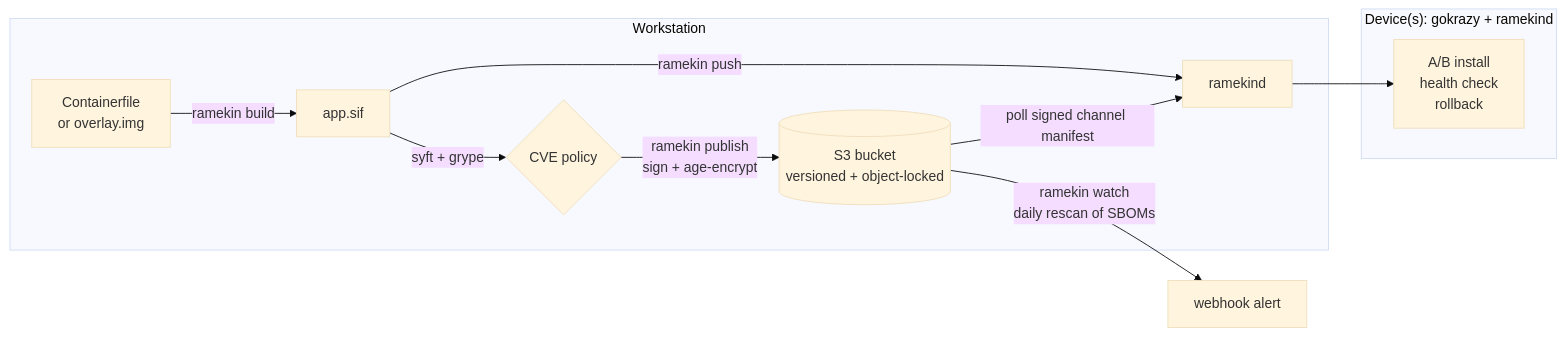
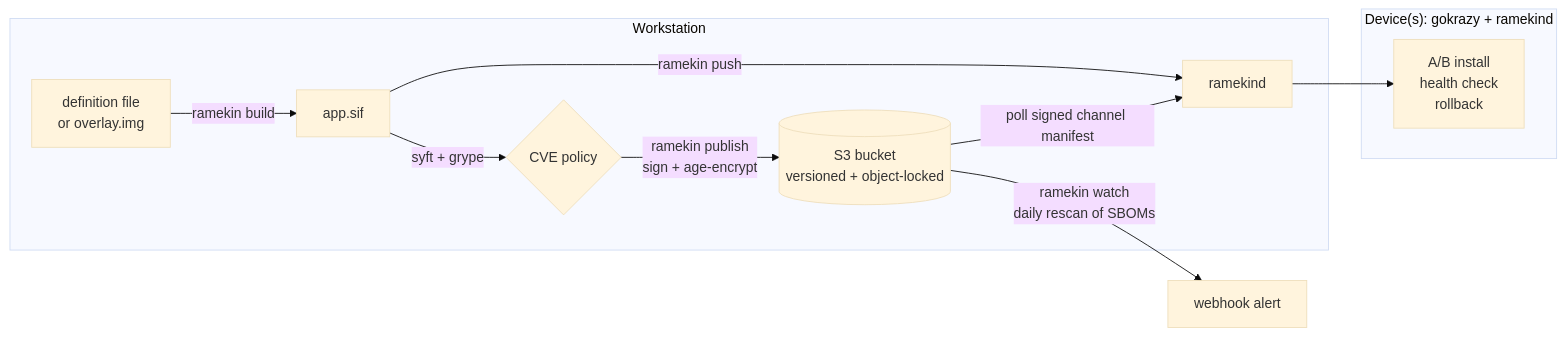
Before and after one commit to ascension-association/ramekin: the diagram in README.md, drawn with Mermaid (base theme). The commit also changed other lines of this file and 13 other files, not shown here.

First line of the commit message:
Build from Apptainer definition files instead of Containerfiles

````diff
--- a/README.md
+++ b/README.md
@@ -275,15 +288,15 @@
 ```mermaid
 flowchart LR
   subgraph Workstation
-    A[Containerfile<br/>or overlay.img] -->|ramekin build| B[app.sif]
+    A[definition file<br/>or overlay.img] -->|ramekin build| B[app.sif]
     B -->|syft + grype| C{CVE policy}
     B -->|ramekin push| D
     C -->|ramekin publish<br/>sign + age-encrypt| S3
   end
   S3[(S3 bucket<br/>versioned + object-locked)]
   subgraph Fleet["Device(s): gokrazy + ramekind"]
     D[ramekind] --> E[A/B install<br/>health check<br/>rollback]
   end
   S3 -->|poll signed channel manifest| D
   S3 -->|ramekin watch<br/>daily rescan of SBOMs| W[webhook alert]
 ```
````
